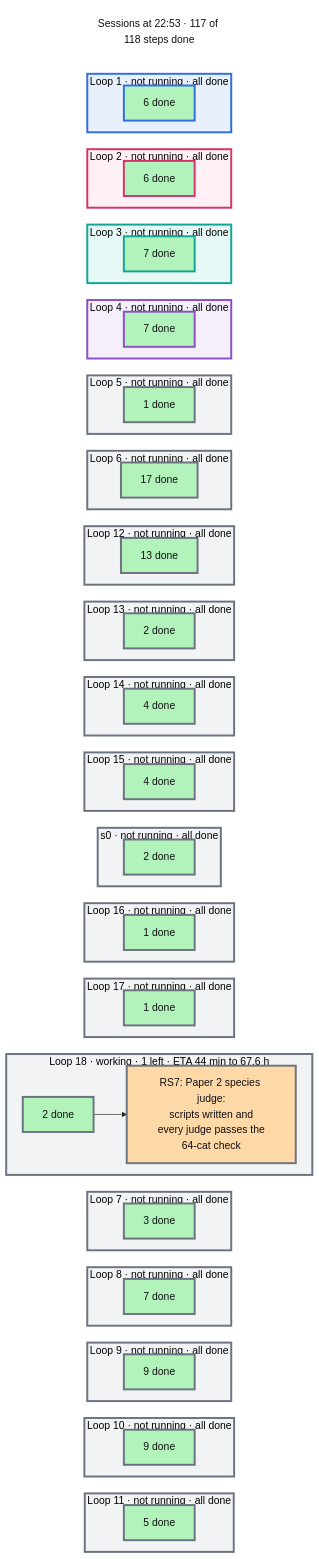
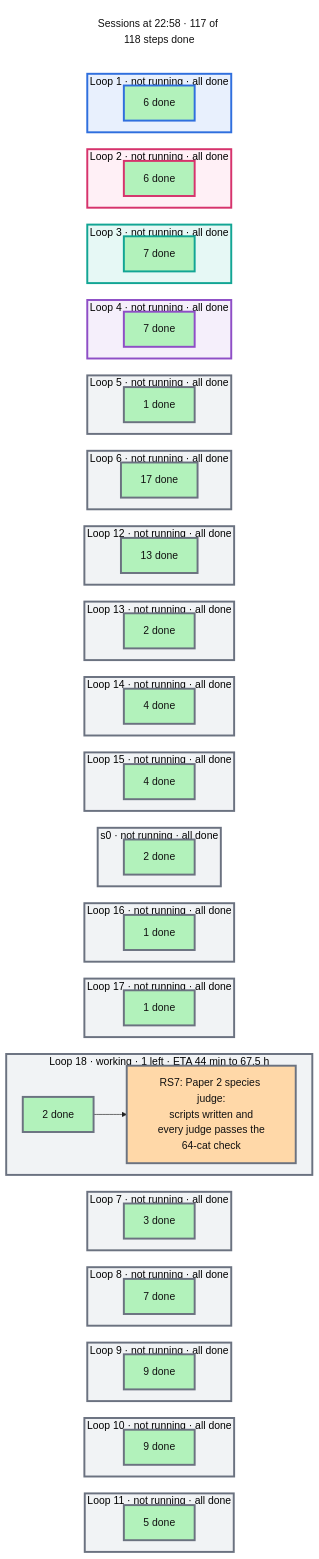
One commit to mo-rsa24/concept-composition changed the diagram in artifacts/notes/progress/sessions.mmd. Above: the diagram before and after it, drawn with Mermaid. The commit also changed 12 other files, not shown here.

```diff
--- a/artifacts/notes/progress/sessions.mmd
+++ b/artifacts/notes/progress/sessions.mmd
@@ -1,124 +1,124 @@
 %%{init: {'theme': 'base', 'themeVariables': {'fontFamily': 'monospace', 'primaryColor': '#ffffff', 'primaryBorderColor': '#222222', 'primaryTextColor': '#111111', 'lineColor': '#222222'}, 'flowchart': {'nodeSpacing': 16, 'rankSpacing': 26}}}%%
 flowchart TB
   classDef done fill:#b2f2bb,color:#111111
   classDef doing fill:#ffd8a8,color:#111111
   classDef todo fill:#e9ecef,color:#111111
   classDef note fill:#ffffff,stroke:#c92a2a,stroke-dasharray:5 5,color:#c92a2a
-  now["Sessions at 22:53 · 117 of 118 steps done"]
+  now["Sessions at 22:58 · 117 of 118 steps done"]
   style now fill:#ffffff,stroke:#ffffff,color:#111111
   subgraph L0["Loop 1 · not running · all done"]
     direction LR
     d0["6 done"]:::done
   end
   subgraph L1["Loop 2 · not running · all done"]
     direction LR
     d1["6 done"]:::done
   end
   subgraph L2["Loop 3 · not running · all done"]
     direction LR
     d2["7 done"]:::done
   end
   subgraph L3["Loop 4 · not running · all done"]
     direction LR
     d3["7 done"]:::done
   end
   subgraph L4["Loop 5 · not running · all done"]
     direction LR
     d4["1 done"]:::done
   end
   subgraph L5["Loop 6 · not running · all done"]
     direction LR
     d5["17 done"]:::done
   end
   subgraph L6["Loop 12 · not running · all done"]
     direction LR
     d6["13 done"]:::done
   end
   subgraph L7["Loop 13 · not running · all done"]
     direction LR
     d7["2 done"]:::done
   end
   subgraph L8["Loop 14 · not running · all done"]
     direction LR
     d8["4 done"]:::done
   end
   subgraph L9["Loop 15 · not running · all done"]
     direction LR
     d9["4 done"]:::done
   end
   subgraph L10["s0 · not running · all done"]
     direction LR
     d10["2 done"]:::done
   end
   subgraph L11["Loop 16 · not running · all done"]
     direction LR
     d11["1 done"]:::done
   end
   subgraph L12["Loop 17 · not running · all done"]
     direction LR
     d12["1 done"]:::done
   end
-  subgraph L13["Loop 18 · working · 1 left · ETA 44 min to 67.6 h"]
+  subgraph L13["Loop 18 · working · 1 left · ETA 44 min to 67.5 h"]
     direction LR
     d13["2 done"]:::done --> n_RS7["RS7: Paper 2 species judge:<br/>scripts written and<br/>every judge passes the<br/>64-cat check"]:::doing
   end
   subgraph L14["Loop 7 · not running · all done"]
     direction LR
     d14["3 done"]:::done
   end
   subgraph L15["Loop 8 · not running · all done"]
     direction LR
     d15["7 done"]:::done
   end
   subgraph L16["Loop 9 · not running · all done"]
     direction LR
     d16["9 done"]:::done
   end
   subgraph L17["Loop 10 · not running · all done"]
     direction LR
     d17["9 done"]:::done
   end
   subgraph L18["Loop 11 · not running · all done"]
     direction LR
     d18["5 done"]:::done
   end
   now ~~~ L0 ~~~ L1 ~~~ L2 ~~~ L3 ~~~ L4 ~~~ L5 ~~~ L6 ~~~ L7 ~~~ L8 ~~~ L9 ~~~ L10 ~~~ L11 ~~~ L12 ~~~ L13 ~~~ L14 ~~~ L15 ~~~ L16 ~~~ L17 ~~~ L18
   style L0 fill:#e8f0fd,stroke:#2f6fde,stroke-width:3px
   style d0 stroke:#2f6fde,stroke-width:3px
   style L1 fill:#fff0f6,stroke:#d6336c,stroke-width:3px
   style d1 stroke:#d6336c,stroke-width:3px
   style L2 fill:#e6f8f5,stroke:#12a594,stroke-width:3px
   style d2 stroke:#12a594,stroke-width:3px
   style L3 fill:#f5effb,stroke:#8e4ec6,stroke-width:3px
   style d3 stroke:#8e4ec6,stroke-width:3px
   style L4 fill:#f1f3f5,stroke:#6b7280,stroke-width:3px
   style d4 stroke:#6b7280,stroke-width:3px
   style L5 fill:#f1f3f5,stroke:#6b7280,stroke-width:3px
   style d5 stroke:#6b7280,stroke-width:3px
   style L6 fill:#f1f3f5,stroke:#6b7280,stroke-width:3px
   style d6 stroke:#6b7280,stroke-width:3px
   style L7 fill:#f1f3f5,stroke:#6b7280,stroke-width:3px
   style d7 stroke:#6b7280,stroke-width:3px
   style L8 fill:#f1f3f5,stroke:#6b7280,stroke-width:3px
   style d8 stroke:#6b7280,stroke-width:3px
   style L9 fill:#f1f3f5,stroke:#6b7280,stroke-width:3px
   style d9 stroke:#6b7280,stroke-width:3px
   style L10 fill:#f1f3f5,stroke:#6b7280,stroke-width:3px
   style d10 stroke:#6b7280,stroke-width:3px
   style L11 fill:#f1f3f5,stroke:#6b7280,stroke-width:3px
   style d11 stroke:#6b7280,stroke-width:3px
   style L12 fill:#f1f3f5,stroke:#6b7280,stroke-width:3px
   style d12 stroke:#6b7280,stroke-width:3px
   style L13 fill:#f1f3f5,stroke:#6b7280,stroke-width:3px
   style d13 stroke:#6b7280,stroke-width:3px
   style n_RS7 stroke:#6b7280,stroke-width:3px
   style L14 fill:#f1f3f5,stroke:#6b7280,stroke-width:3px
   style d14 stroke:#6b7280,stroke-width:3px
   style L15 fill:#f1f3f5,stroke:#6b7280,stroke-width:3px
   style d15 stroke:#6b7280,stroke-width:3px
   style L16 fill:#f1f3f5,stroke:#6b7280,stroke-width:3px
   style d16 stroke:#6b7280,stroke-width:3px
   style L17 fill:#f1f3f5,stroke:#6b7280,stroke-width:3px
   style d17 stroke:#6b7280,stroke-width:3px
   style L18 fill:#f1f3f5,stroke:#6b7280,stroke-width:3px
   style d18 stroke:#6b7280,stroke-width:3px
```
